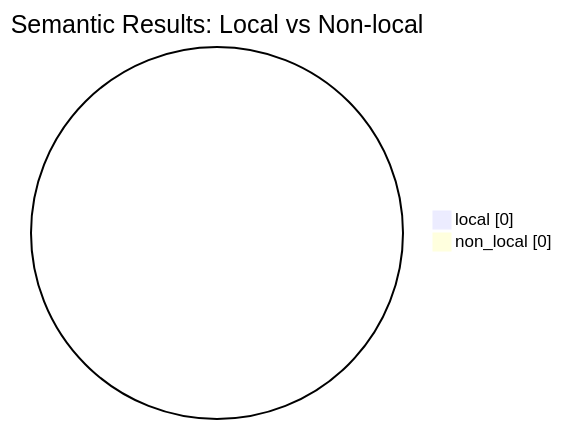
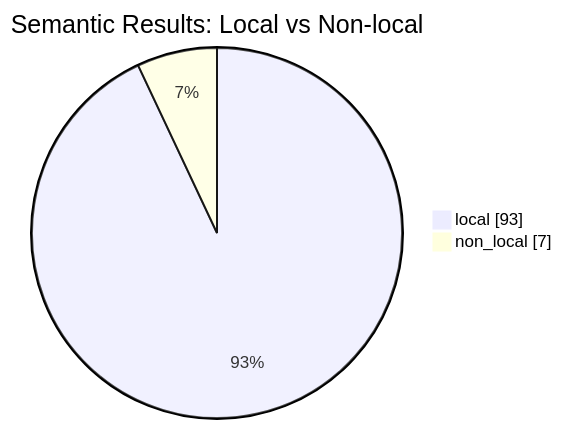
The seventh of 7 diagrams in .refactor/analysis/candidates/report.md (scl2bp/refactor_cli), drawn with Mermaid before and after one commit. The commit also changed other lines of this file and 6 other files, not shown here.

````diff
--- a/.refactor/analysis/candidates/report.md
+++ b/.refactor/analysis/candidates/report.md
@@ -351,6 +362,6 @@
 ```mermaid
 pie showData
   title Semantic Results: Local vs Non-local
-  "local" : 0
-  "non_local" : 0
+  "local" : 93
+  "non_local" : 7
 ```
````
